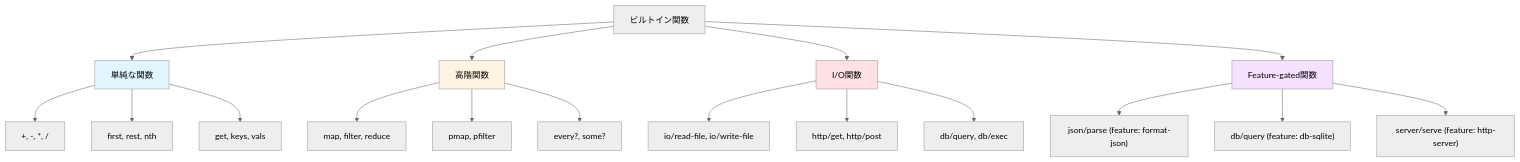
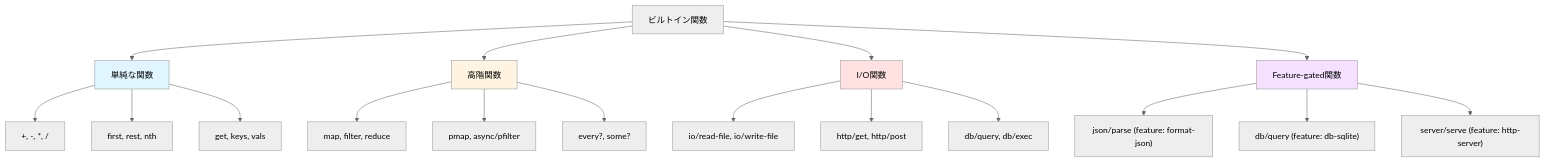
The second of 3 diagrams in learning/impl/06-builtins.md (sanohiro/qi-lang), drawn with Mermaid (neutral theme) before and after one commit. The commit also changed other lines of this file and 6 other files, not shown here.

````diff
--- a/learning/impl/06-builtins.md
+++ b/learning/impl/06-builtins.md
@@ -238,28 +238,28 @@
 ```mermaid
 graph TD
     Builtin[ビルトイン関数] --> Simple[単純な関数]
     Builtin --> HOF[高階関数]
     Builtin --> IO[I/O関数]
     Builtin --> Feature[Feature-gated関数]
 
     Simple --> Add["+, -, *, /"]
     Simple --> First["first, rest, nth"]
     Simple --> Get["get, keys, vals"]
 
     HOF --> Map["map, filter, reduce"]
-    HOF --> Pmap["pmap, pfilter"]
+    HOF --> Pmap["pmap, async/pfilter"]
     HOF --> Every["every?, some?"]
 
     IO --> File["io/read-file, io/write-file"]
     IO --> HTTP["http/get, http/post"]
     IO --> DB["db/query, db/exec"]
 
     Feature --> JSON["json/parse (feature: format-json)"]
     Feature --> SQLite["db/query (feature: db-sqlite)"]
     Feature --> Server["server/serve (feature: http-server)"]
 
     style Simple fill:#e1f5ff
     style HOF fill:#fff4e1
     style IO fill:#ffe1e1
     style Feature fill:#f5e1ff
 ```
````
